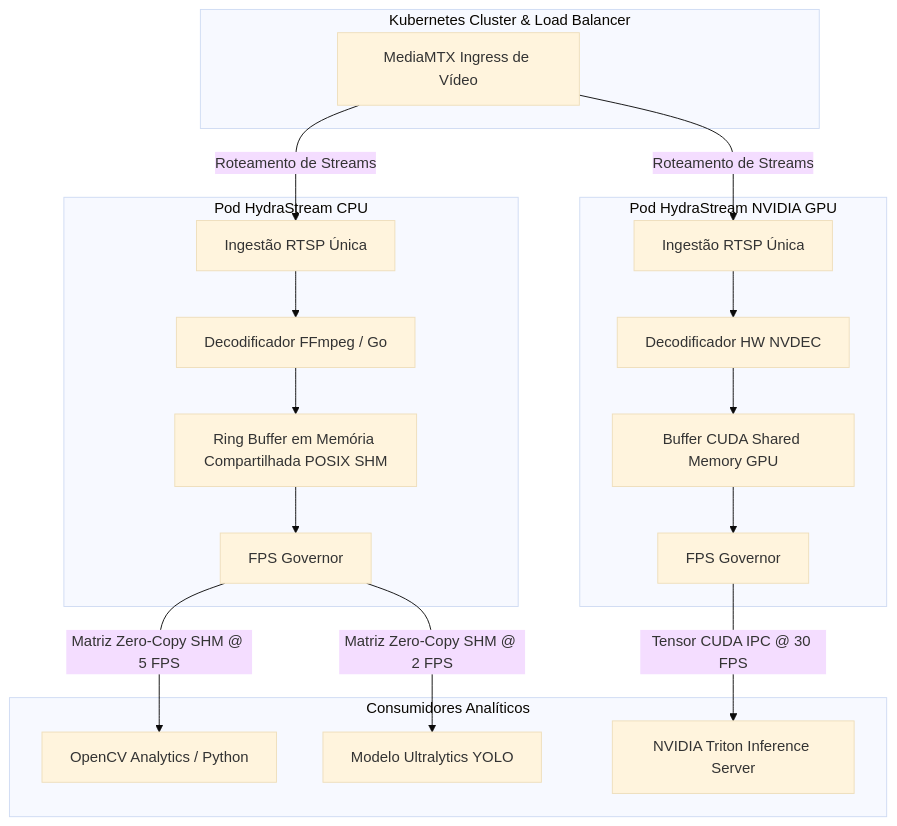
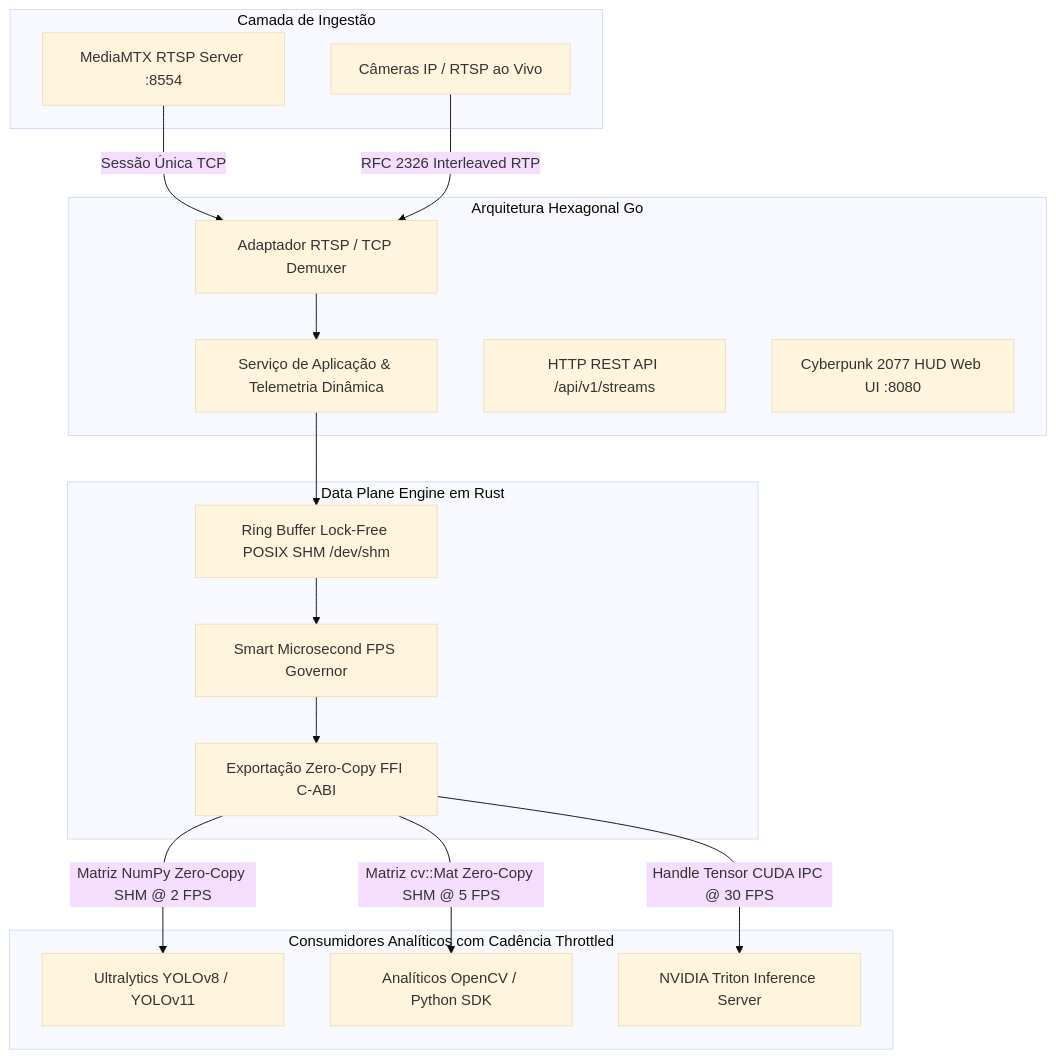
The diagram in README.pt-BR.md (eduardomdalmaso/HydraStream), drawn with Mermaid (base theme) before and after one commit. The commit also changed other lines of this file and 1 other file, not shown here.

Commit message:
docs: update README.md and README.pt-BR.md with latest architecture, benchmarks, and commands

````diff
--- a/README.pt-BR.md
+++ b/README.pt-BR.md
@@ -43,27 +43,33 @@
 ```mermaid
 flowchart TD
-    subgraph K8s Cluster [Kubernetes Cluster & Load Balancer]
-        MediaMTX[MediaMTX Ingress de Vídeo]
+    subgraph Stream Ingress [Camada de Ingestão]
+        MediaMTX[MediaMTX RTSP Server :8554]
+        IPCam[Câmeras IP / RTSP ao Vivo]
     end
 
-    subgraph HydraStream CPU Module [Pod HydraStream CPU]
-        IngestCPU[Ingestão RTSP Única] --> DecodeCPU[Decodificador FFmpeg / Go]
-        DecodeCPU --> SHM_CPU[Ring Buffer em Memória Compartilhada POSIX SHM]
-        SHM_CPU --> GovCPU[FPS Governor]
+    subgraph Go Control Plane [Arquitetura Hexagonal Go]
+        IngestAdapter[Adaptador RTSP / TCP Demuxer]
+        StreamService[Serviço de Aplicação & Telemetria Dinâmica]
+        RESTRouter[HTTP REST API /api/v1/streams]
+        CyberpunkUI[Cyberpunk 2077 HUD Web UI :8080]
     end
 
-    subgraph HydraStream GPU Module [Pod HydraStream NVIDIA GPU]
-        IngestGPU[Ingestão RTSP Única] --> DecodeGPU[Decodificador HW NVDEC]
-        DecodeGPU --> CUDA_IPC[Buffer CUDA Shared Memory GPU]
-        CUDA_IPC --> GovGPU[FPS Governor]
+    subgraph Rust Data Plane [Data Plane Engine em Rust]
+        SHM_Ring[Ring Buffer Lock-Free POSIX SHM /dev/shm]
+        Gov[Smart Microsecond FPS Governor]
+        FFI[Exportação Zero-Copy FFI C-ABI]
     end
 
-    MediaMTX -->|Roteamento de Streams| IngestCPU
-    MediaMTX -->|Roteamento de Streams| IngestGPU
+    MediaMTX -->|Sessão Única TCP| IngestAdapter
+    IPCam -->|RFC 2326 Interleaved RTP| IngestAdapter
+    IngestAdapter --> StreamService
+    StreamService --> SHM_Ring
+    SHM_Ring --> Gov
+    Gov --> FFI
 
-    subgraph Analytics Workers [Consumidores Analíticos]
-        GovCPU -->|Matriz Zero-Copy SHM @ 5 FPS| OpenCV[OpenCV Analytics / Python]
-        GovCPU -->|Matriz Zero-Copy SHM @ 2 FPS| YOLO[Modelo Ultralytics YOLO]
-        GovGPU -->|Tensor CUDA IPC @ 30 FPS| Triton[NVIDIA Triton Inference Server]
+    subgraph Analytics Consumers [Consumidores Analíticos com Cadência Throttled]
+        FFI -->|Matriz NumPy Zero-Copy SHM @ 2 FPS| PythonYOLO[Ultralytics YOLOv8 / YOLOv11]
+        FFI -->|Matriz cv::Mat Zero-Copy SHM @ 5 FPS| OpenCV[Analíticos OpenCV / Python SDK]
+        FFI -->|Handle Tensor CUDA IPC @ 30 FPS| Triton[NVIDIA Triton Inference Server]
     end
 ```
````
